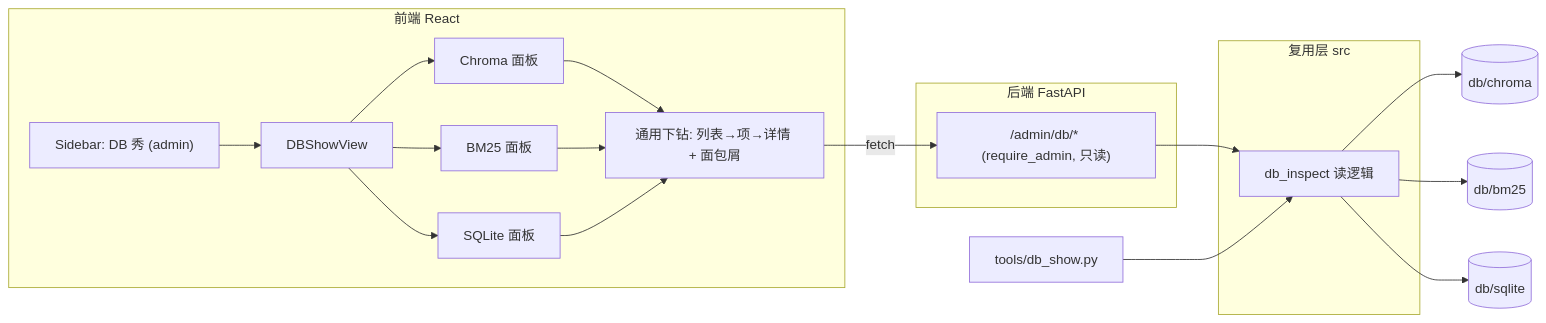
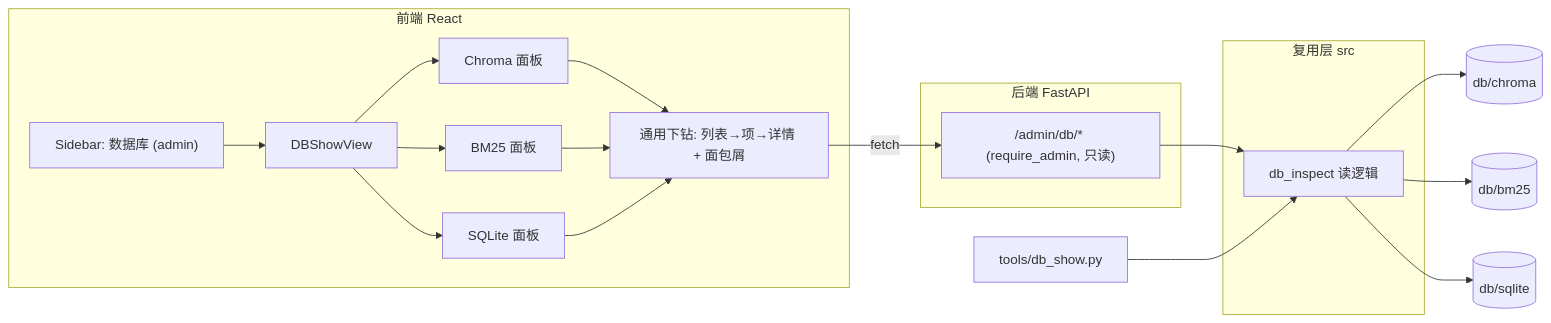
One commit to michaelwangzhenan/AgentA changed the first of 2 diagrams in docs/v_1_0/interation/iter_17_db_tool.md. Above: the diagram before and after it, drawn with Mermaid. The commit also changed other lines of this file and 10 other files, not shown here.

````diff
--- a/docs/v_1_0/interation/iter_17_db_tool.md
+++ b/docs/v_1_0/interation/iter_17_db_tool.md
@@ -70,24 +70,24 @@
 ```mermaid
 flowchart LR
     subgraph FE[前端 React]
-        Nav["Sidebar: DB 秀 (admin)"] --> View[DBShowView]
+        Nav["Sidebar: 数据库 (admin)"] --> View[DBShowView]
         View --> TabC[Chroma 面板]
         View --> TabB[BM25 面板]
         View --> TabS[SQLite 面板]
         TabC --> Drill["通用下钻: 列表→项→详情 + 面包屑"]
         TabB --> Drill
         TabS --> Drill
     end
     subgraph BE[后端 FastAPI]
         Route["/admin/db/* (require_admin, 只读)"]
     end
     subgraph CORE[复用层 src]
         Reader[db_inspect 读逻辑]
     end
     Drill -->|fetch| Route
     Route --> Reader
     CLI[tools/db_show.py] --> Reader
     Reader --> Chroma[(db/chroma)]
     Reader --> BM25[(db/bm25)]
     Reader --> SQLite[(db/sqlite)]
 ```
````
